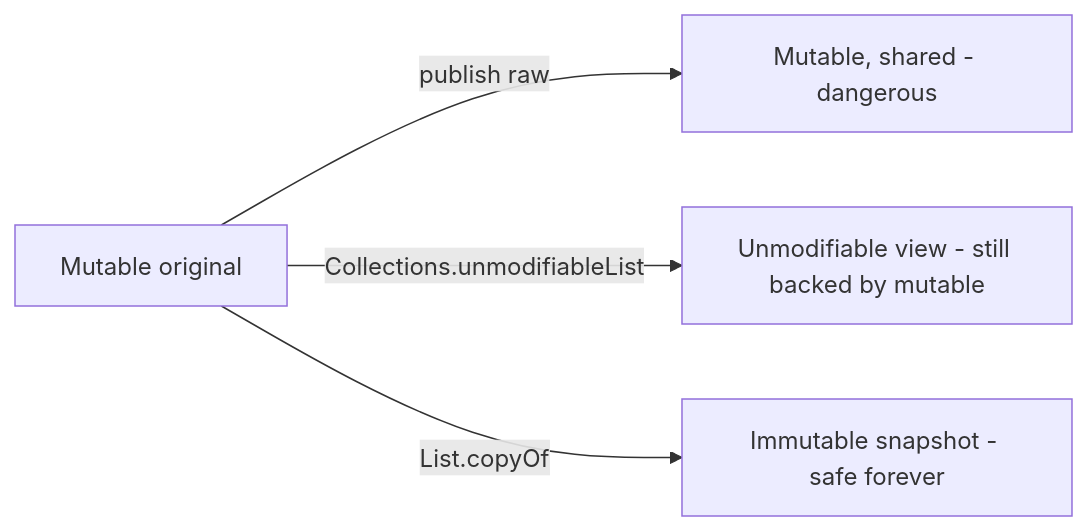
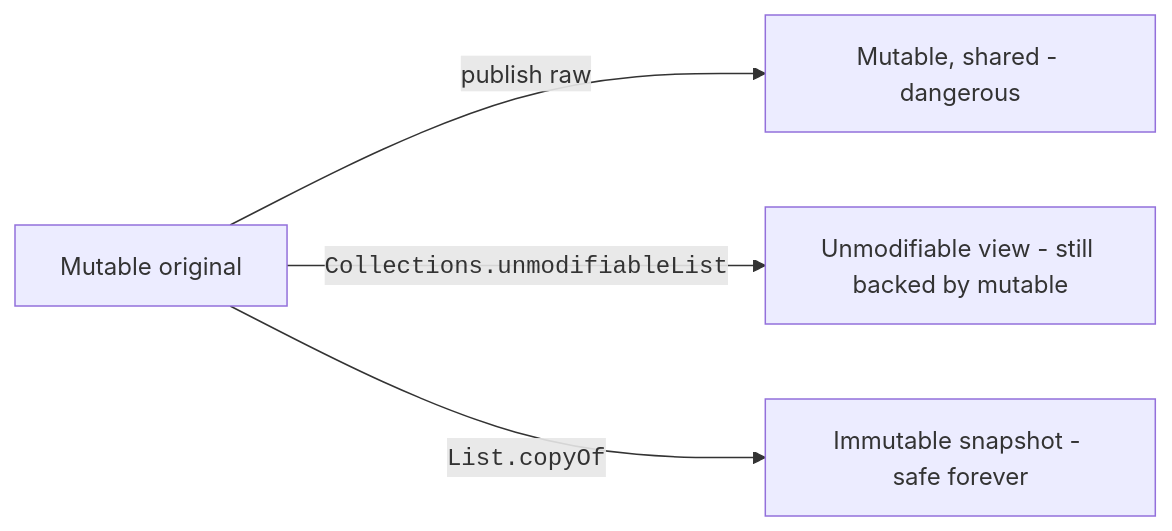
Before and after one commit to dataslope/dataslope: the diagram in content/learn/java-collections-and-generics-deep-dive/immutable-collections.mdx, drawn with Mermaid. The commit also changed 46 other files, not shown here.

First line of the commit message:
Wrap code in mermaid edge labels + entity/table names in DB diagrams

````diff
--- a/content/learn/java-collections-and-generics-deep-dive/immutable-collections.mdx
+++ b/content/learn/java-collections-and-generics-deep-dive/immutable-collections.mdx
@@ -192,6 +192,6 @@
 ```mermaid
 flowchart LR
     A[Mutable original] -->|publish raw| B[Mutable, shared - dangerous]
-    A -->|Collections.unmodifiableList| C[Unmodifiable view - still backed by mutable]
-    A -->|List.copyOf| D[Immutable snapshot - safe forever]
+    A -->|"<code>Collections.unmodifiableList</code>"| C[Unmodifiable view - still backed by mutable]
+    A -->|"<code>List.copyOf</code>"| D[Immutable snapshot - safe forever]
 ```
````
